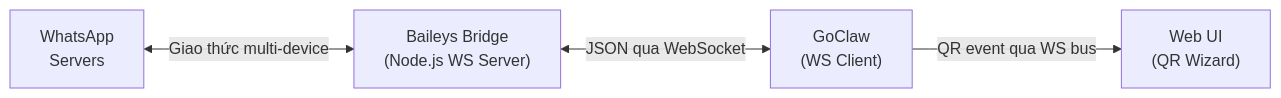
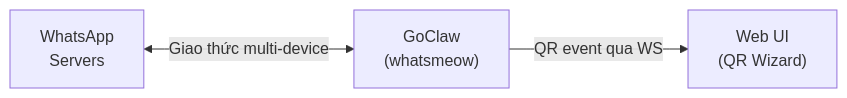
One commit to nextlevelbuilder/goclaw-docs changed the diagram in vi/channels/whatsapp.md. Above: the diagram before and after it, drawn with Mermaid. The commit also changed other lines of this file and 5 other files, not shown here.

````diff
--- a/vi/channels/whatsapp.md
+++ b/vi/channels/whatsapp.md
@@ -77,11 +48,9 @@
 ```mermaid
 flowchart LR
     WA["WhatsApp<br/>Servers"]
-    BRIDGE["Baileys Bridge<br/>(Node.js WS Server)"]
-    GC["GoClaw<br/>(WS Client)"]
+    GC["GoClaw<br/>(whatsmeow)"]
     UI["Web UI<br/>(QR Wizard)"]
 
-    WA <-->|"Giao thức multi-device"| BRIDGE
-    BRIDGE <-->|"JSON qua WebSocket"| GC
-    GC -->|"QR event qua WS bus"| UI
+    WA <-->|"Giao thức multi-device"| GC
+    GC -->|"QR event qua WS"| UI
 ```
````
